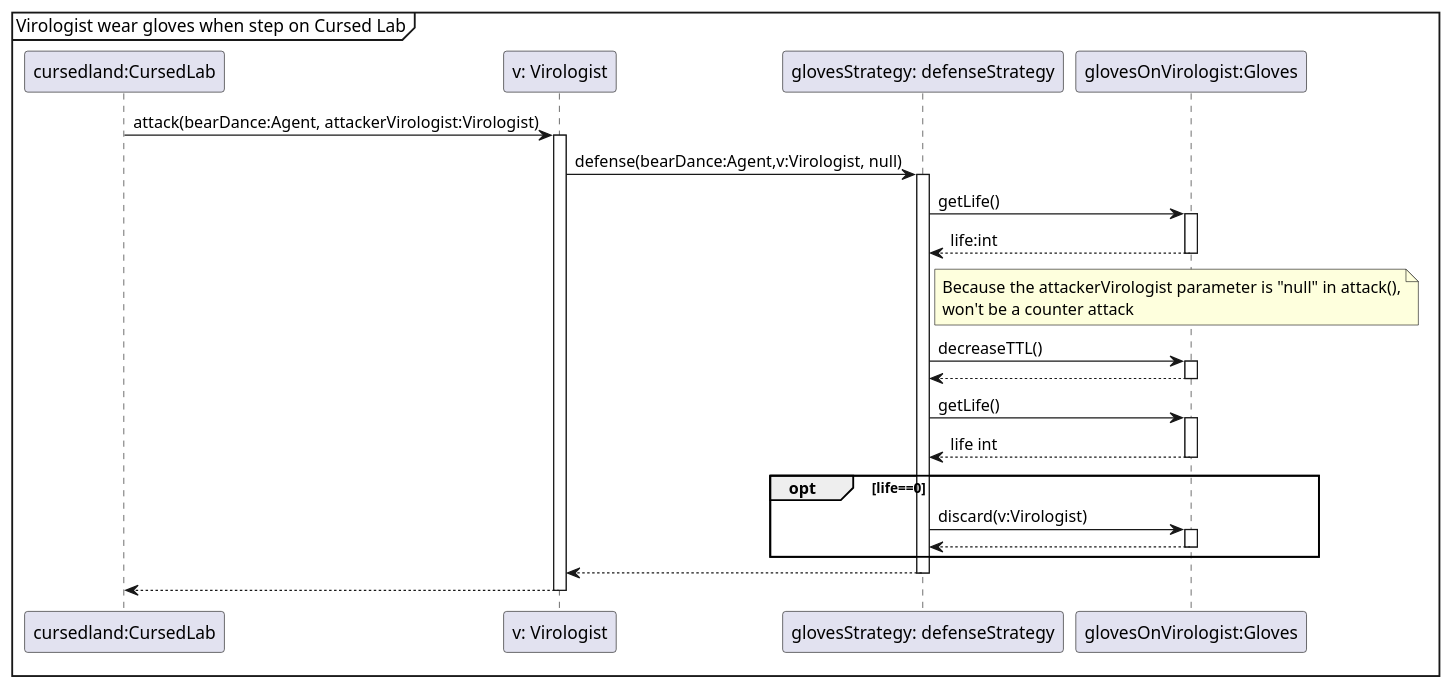
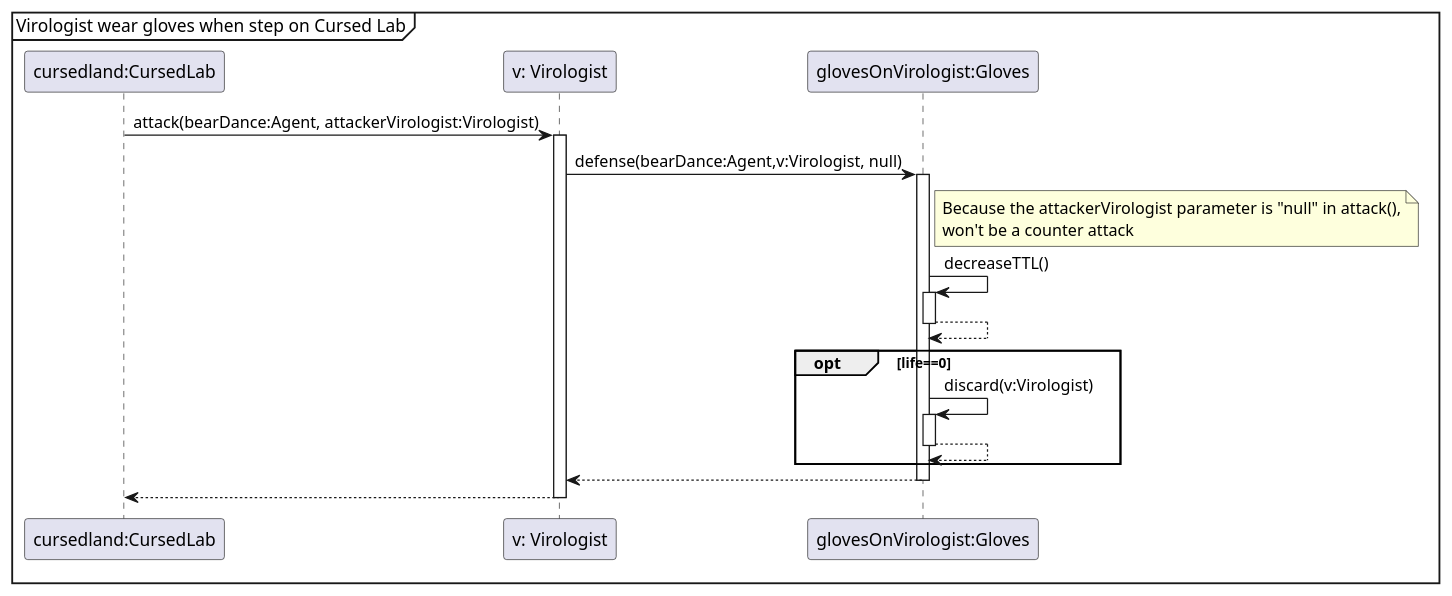
One commit to Projlab-csb/projlab-virologus changed the diagram in Modification_1/mod_1-seq-diagrams/DefenseInGlovesAgainstCursedLab.puml. Above: the diagram before and after it, drawn with PlantUML. The commit also changed 3 other files, not shown here.

```diff
--- a/Modification_1/mod_1-seq-diagrams/DefenseInGlovesAgainstCursedLab.puml
+++ b/Modification_1/mod_1-seq-diagrams/DefenseInGlovesAgainstCursedLab.puml
@@ -1,32 +1,27 @@
 @startuml
 'https://plantuml.com/sequence-diagram
 mainframe Virologist wear gloves when step on Cursed Lab
 
 
 participant "cursedland:CursedLab" as CursedLab
 participant "v: Virologist" as Virologist
-participant "glovesStrategy: defenseStrategy" as defenseStrategy
 participant "glovesOnVirologist:Gloves" as Gloves
 
 CursedLab->Virologist++:attack(bearDance:Agent, attackerVirologist:Virologist)
-Virologist->defenseStrategy++:defense(bearDance:Agent,v:Virologist, null)
-defenseStrategy->Gloves++:getLife()
-Gloves-->defenseStrategy--:life:int
+Virologist->Gloves++:defense(bearDance:Agent,v:Virologist, null)
 
-note right of defenseStrategy
+note right of Gloves
 Because the attackerVirologist parameter is "null" in attack(),
 won't be a counter attack
 end note
 
-defenseStrategy->Gloves++:decreaseTTL()
-Gloves-->defenseStrategy--
-defenseStrategy->Gloves++:getLife()
-Gloves-->defenseStrategy--:life int
+Gloves->Gloves++:decreaseTTL()
+Gloves-->Gloves--
 opt life==0
-defenseStrategy->Gloves++:discard(v:Virologist)
-Gloves-->defenseStrategy--
+Gloves->Gloves++:discard(v:Virologist)
+Gloves-->Gloves--
 end opt
-defenseStrategy-->Virologist--
+Gloves-->Virologist--
 Virologist-->CursedLab--
 
 @enduml
```
